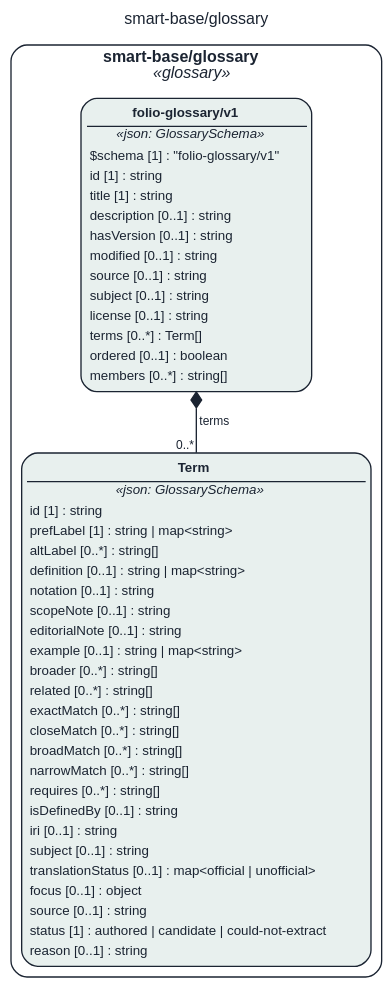
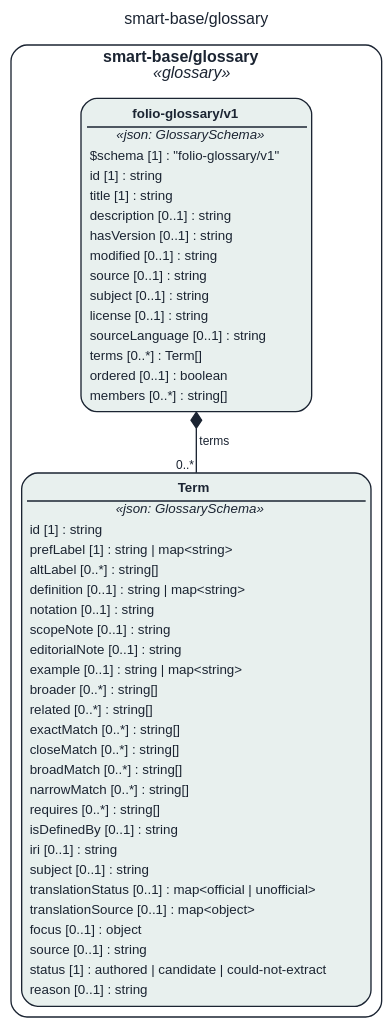
The diagram in assets/img/uml/overview/smart-base/glossary.dot (litlfred/folio-assistant), drawn with Graphviz before and after one commit. The commit also changed 768 other files, not shown here.

```diff
--- a/assets/img/uml/overview/smart-base/glossary.dot
+++ b/assets/img/uml/overview/smart-base/glossary.dot
@@ -1,13 +1,13 @@
 // GENERATED by cat-harness-tools/scripts/gen-uml-overview.ts — do not edit.
 // Rendered page (interactive view, same model): https://litlfred.github.io/folio-assistant/uml/overview/smart-base/glossary.html
 digraph "smart_base_glossary" {
   graph [label="smart-base/glossary", labelloc=t, fontname="Helvetica", fontsize=12, fontcolor="#1b2432", newrank=true, ratio=auto, nodesep=0.3, ranksep=0.5, bgcolor="transparent"];
   node [shape=box, style="rounded,filled", margin=0.05, fontname="Helvetica", fontsize=10, color="#1b2432", fontcolor="#1b2432"];
   edge [color="#1b2432", fontcolor="#1b2432", fontname="Helvetica", fontsize=9];
   subgraph "cluster_pkg_smart_base_glossary" {
     label=<<b>smart-base/glossary</b><br/><i>«glossary»</i>>; style="rounded"; color="#1b2432"; class="fa_uml_subgraph";
-    "smart_base_glossary_folio_glossary_v1_Term" [fillcolor="#e8f0ee", class="fa_uml_kind_glossary", label=<<table border="0" cellborder="0" cellspacing="0" cellpadding="2"><tr><td border="1" sides="b"><b>Term</b></td></tr><tr><td><i>«json: GlossarySchema»</i></td></tr><tr><td align="left">id [1] : string</td></tr><tr><td align="left">prefLabel [1] : string | map&lt;string&gt;</td></tr><tr><td align="left">altLabel [0..*] : string[]</td></tr><tr><td align="left">definition [0..1] : string | map&lt;string&gt;</td></tr><tr><td align="left">notation [0..1] : string</td></tr><tr><td align="left">scopeNote [0..1] : string</td></tr><tr><td align="left">editorialNote [0..1] : string</td></tr><tr><td align="left">example [0..1] : string | map&lt;string&gt;</td></tr><tr><td align="left">broader [0..*] : string[]</td></tr><tr><td align="left">related [0..*] : string[]</td></tr><tr><td align="left">exactMatch [0..*] : string[]</td></tr><tr><td align="left">closeMatch [0..*] : string[]</td></tr><tr><td align="left">broadMatch [0..*] : string[]</td></tr><tr><td align="left">narrowMatch [0..*] : string[]</td></tr><tr><td align="left">requires [0..*] : string[]</td></tr><tr><td align="left">isDefinedBy [0..1] : string</td></tr><tr><td align="left">iri [0..1] : string</td></tr><tr><td align="left">subject [0..1] : string</td></tr><tr><td align="left">translationStatus [0..1] : map&lt;official | unofficial&gt;</td></tr><tr><td align="left">focus [0..1] : object</td></tr><tr><td align="left">source [0..1] : string</td></tr><tr><td align="left">status [1] : authored | candidate | could-not-extract</td></tr><tr><td align="left">reason [0..1] : string</td></tr></table>>];
-    "smart_base_glossary_folio_glossary_v1_folio_glossary_v1" [fillcolor="#e8f0ee", class="fa_uml_kind_glossary", label=<<table border="0" cellborder="0" cellspacing="0" cellpadding="2"><tr><td border="1" sides="b"><b>folio-glossary/v1</b></td></tr><tr><td><i>«json: GlossarySchema»</i></td></tr><tr><td align="left">$schema [1] : &quot;folio-glossary/v1&quot;</td></tr><tr><td align="left">id [1] : string</td></tr><tr><td align="left">title [1] : string</td></tr><tr><td align="left">description [0..1] : string</td></tr><tr><td align="left">hasVersion [0..1] : string</td></tr><tr><td align="left">modified [0..1] : string</td></tr><tr><td align="left">source [0..1] : string</td></tr><tr><td align="left">subject [0..1] : string</td></tr><tr><td align="left">license [0..1] : string</td></tr><tr><td align="left">terms [0..*] : Term[]</td></tr><tr><td align="left">ordered [0..1] : boolean</td></tr><tr><td align="left">members [0..*] : string[]</td></tr></table>>];
+    "smart_base_glossary_folio_glossary_v1_Term" [fillcolor="#e8f0ee", class="fa_uml_kind_glossary", label=<<table border="0" cellborder="0" cellspacing="0" cellpadding="2"><tr><td border="1" sides="b"><b>Term</b></td></tr><tr><td><i>«json: GlossarySchema»</i></td></tr><tr><td align="left">id [1] : string</td></tr><tr><td align="left">prefLabel [1] : string | map&lt;string&gt;</td></tr><tr><td align="left">altLabel [0..*] : string[]</td></tr><tr><td align="left">definition [0..1] : string | map&lt;string&gt;</td></tr><tr><td align="left">notation [0..1] : string</td></tr><tr><td align="left">scopeNote [0..1] : string</td></tr><tr><td align="left">editorialNote [0..1] : string</td></tr><tr><td align="left">example [0..1] : string | map&lt;string&gt;</td></tr><tr><td align="left">broader [0..*] : string[]</td></tr><tr><td align="left">related [0..*] : string[]</td></tr><tr><td align="left">exactMatch [0..*] : string[]</td></tr><tr><td align="left">closeMatch [0..*] : string[]</td></tr><tr><td align="left">broadMatch [0..*] : string[]</td></tr><tr><td align="left">narrowMatch [0..*] : string[]</td></tr><tr><td align="left">requires [0..*] : string[]</td></tr><tr><td align="left">isDefinedBy [0..1] : string</td></tr><tr><td align="left">iri [0..1] : string</td></tr><tr><td align="left">subject [0..1] : string</td></tr><tr><td align="left">translationStatus [0..1] : map&lt;official | unofficial&gt;</td></tr><tr><td align="left">translationSource [0..1] : map&lt;object&gt;</td></tr><tr><td align="left">focus [0..1] : object</td></tr><tr><td align="left">source [0..1] : string</td></tr><tr><td align="left">status [1] : authored | candidate | could-not-extract</td></tr><tr><td align="left">reason [0..1] : string</td></tr></table>>];
+    "smart_base_glossary_folio_glossary_v1_folio_glossary_v1" [fillcolor="#e8f0ee", class="fa_uml_kind_glossary", label=<<table border="0" cellborder="0" cellspacing="0" cellpadding="2"><tr><td border="1" sides="b"><b>folio-glossary/v1</b></td></tr><tr><td><i>«json: GlossarySchema»</i></td></tr><tr><td align="left">$schema [1] : &quot;folio-glossary/v1&quot;</td></tr><tr><td align="left">id [1] : string</td></tr><tr><td align="left">title [1] : string</td></tr><tr><td align="left">description [0..1] : string</td></tr><tr><td align="left">hasVersion [0..1] : string</td></tr><tr><td align="left">modified [0..1] : string</td></tr><tr><td align="left">source [0..1] : string</td></tr><tr><td align="left">subject [0..1] : string</td></tr><tr><td align="left">license [0..1] : string</td></tr><tr><td align="left">sourceLanguage [0..1] : string</td></tr><tr><td align="left">terms [0..*] : Term[]</td></tr><tr><td align="left">ordered [0..1] : boolean</td></tr><tr><td align="left">members [0..*] : string[]</td></tr></table>>];
   }
   "smart_base_glossary_folio_glossary_v1_folio_glossary_v1" -> "smart_base_glossary_folio_glossary_v1_Term" [dir=both, arrowtail=diamond, arrowhead=none, label="terms", headlabel="0..*", class="fa_uml_composition"];
 }
```
